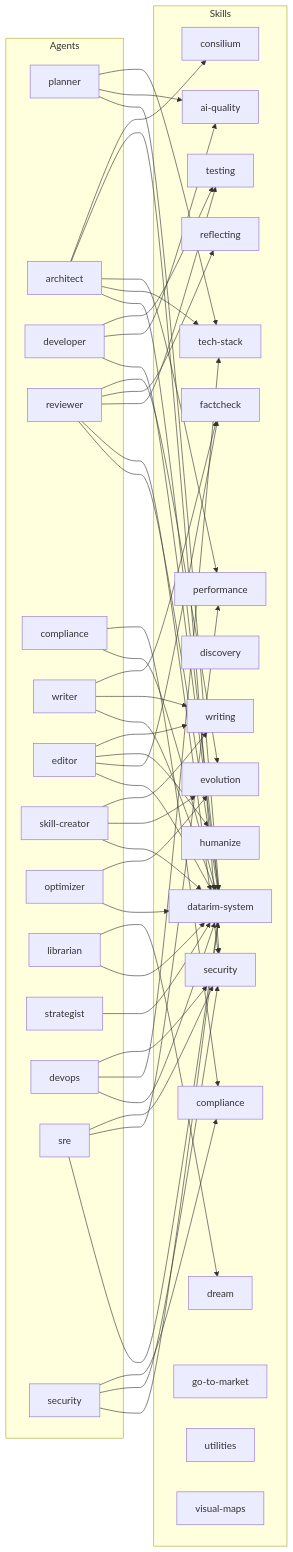
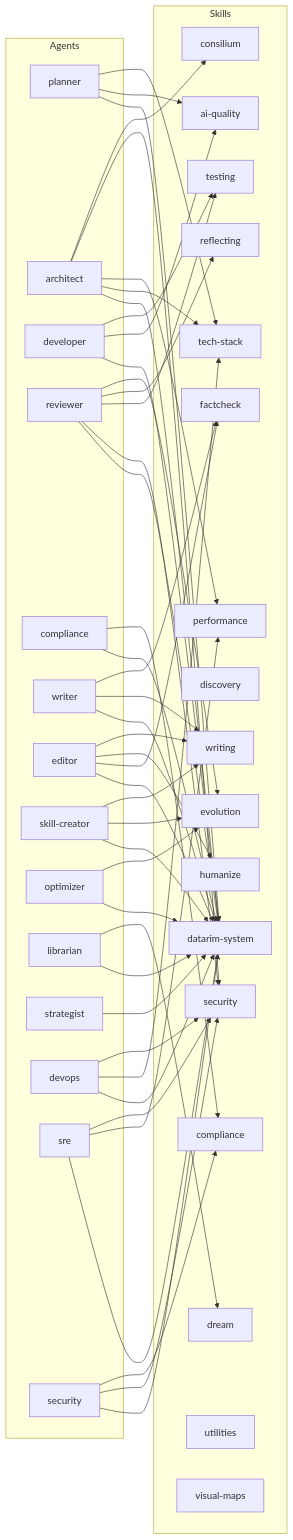
One commit to Arcanada-one/datarim changed the fourth of 4 diagrams in skills/visual-maps/utility-and-dependencies.md. Above: the diagram before and after it, drawn with Mermaid. The commit also changed 13 other files, not shown here.

````diff
--- a/skills/visual-maps/utility-and-dependencies.md
+++ b/skills/visual-maps/utility-and-dependencies.md
@@ -100,55 +100,54 @@
 ```mermaid
 graph LR
     subgraph "Agents"
         planner["planner"]
         architect["architect"]
         developer["developer"]
         reviewer["reviewer"]
         comp_agent["compliance"]
         writer_agent["writer"]
         editor_agent["editor"]
         skill_creator["skill-creator"]
         optimizer_agent["optimizer"]
         librarian["librarian"]
         strategist["strategist"]
         devops_agent["devops"]
         sre_agent["sre"]
         security_agent["security"]
     end
 
     subgraph "Skills"
         sys["datarim-system"]
         aiq["ai-quality"]
         sec["security"]
         test["testing"]
         perf["performance"]
         tech["tech-stack"]
         cons["consilium"]
         disc["discovery"]
         evo["evolution"]
         refl["reflecting"]
         writ["writing"]
         drm["dream"]
         comp_sk["compliance"]
         fc["factcheck"]
         hum["humanize"]
-        gtm["go-to-market"]
         util["utilities"]
         vmap["visual-maps"]
     end
 
     planner --> sys & aiq & tech
     architect --> sys & tech & perf & sec & cons
     developer --> sys & aiq & test
     reviewer --> sys & sec & test & refl & evo
     comp_agent --> sys & comp_sk
     writer_agent --> sys & writ & fc
     editor_agent --> sys & fc & hum & writ
     skill_creator --> sys & evo & writ
     optimizer_agent --> sys & evo
     librarian --> sys & drm
     strategist --> sys
     devops_agent --> sys & tech & sec
     sre_agent --> sys & perf & sec
     security_agent --> sys & sec & comp_sk
 ```
````
